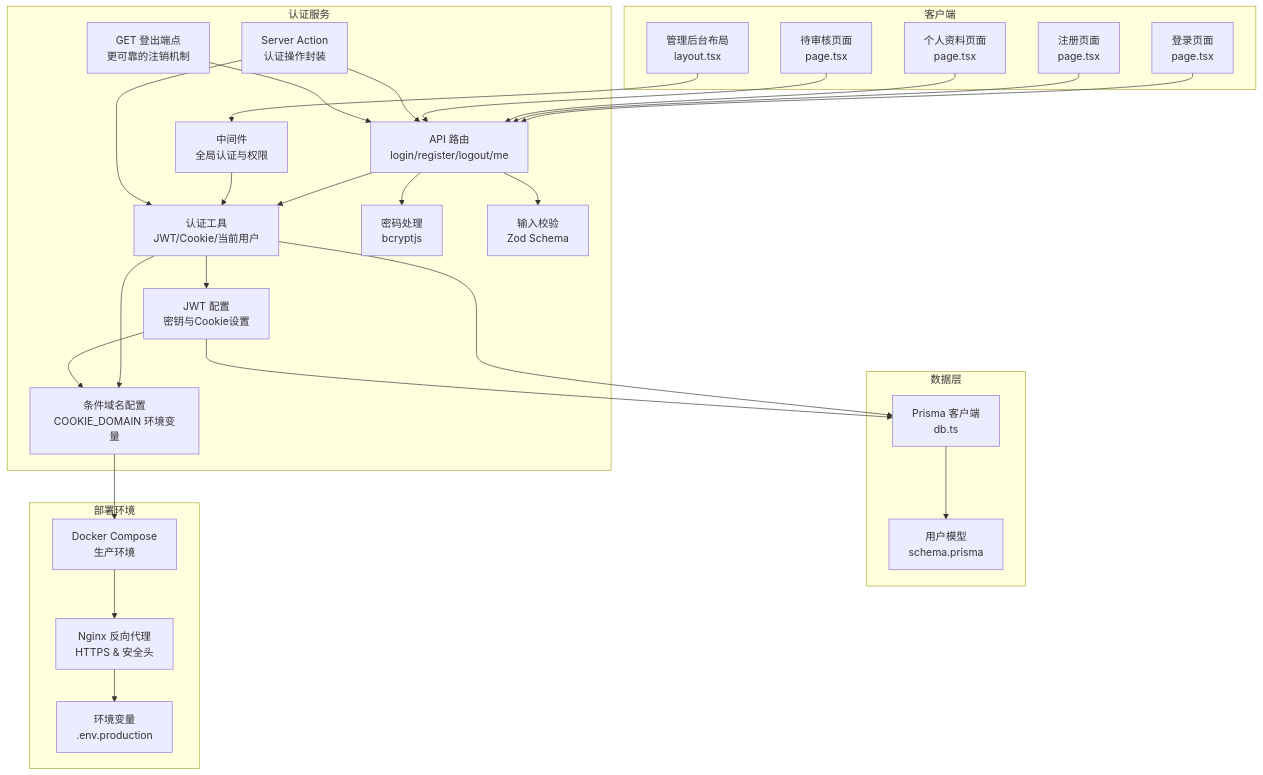
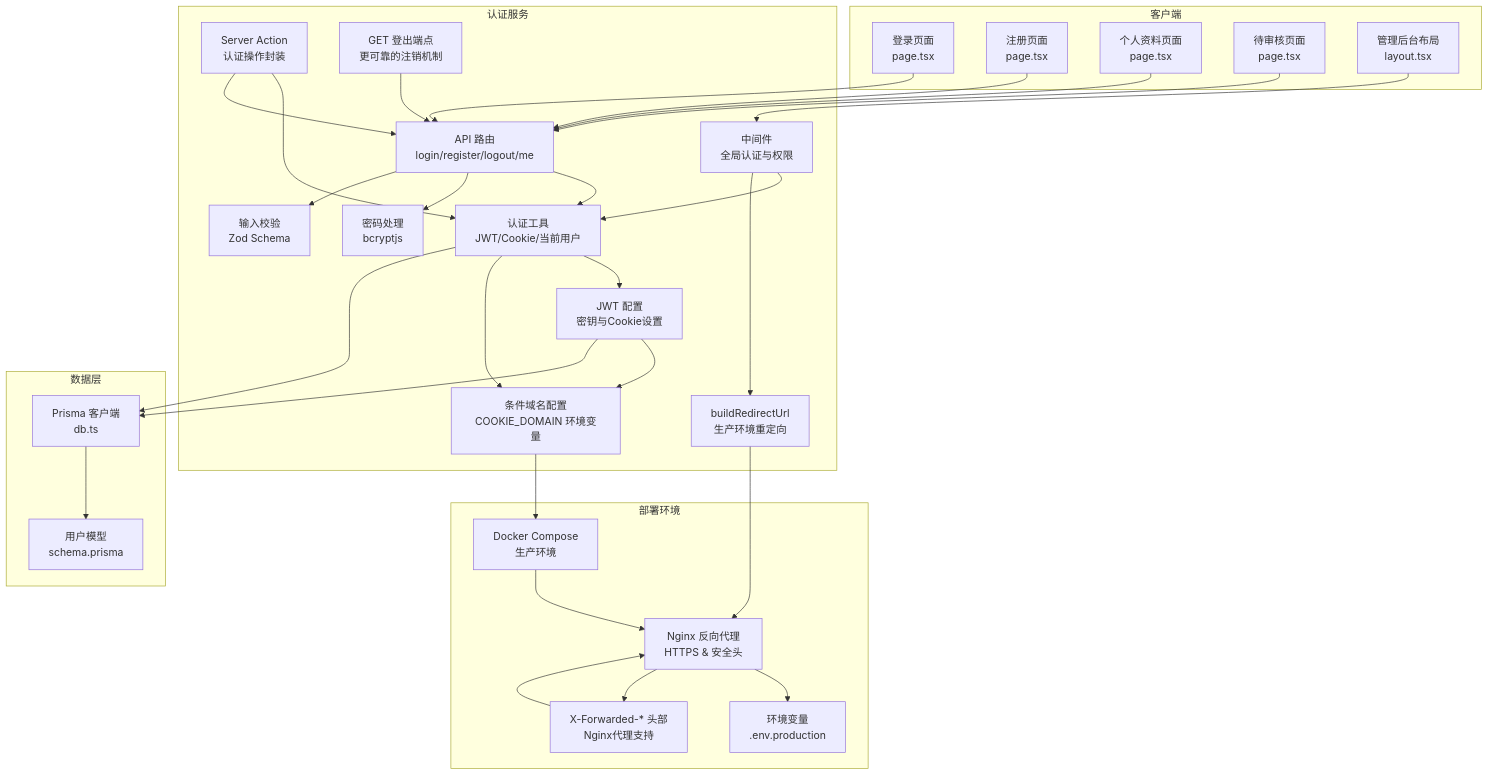
One commit to three3638-arch/celestia_2b changed the first of 8 diagrams in .qoder/repowiki/zh/content/认证系统/认证系统.md. Above: the diagram before and after it, drawn with Mermaid. The commit also changed other lines of this file and 9 other files, not shown here.

````diff
--- a/.qoder/repowiki/zh/content/认证系统/认证系统.md
+++ b/.qoder/repowiki/zh/content/认证系统/认证系统.md
@@ -71,51 +72,57 @@
 ```mermaid
 graph TB
 subgraph "认证服务"
 A["API 路由<br/>login/register/logout/me"]
 B["认证工具<br/>JWT/Cookie/当前用户"]
 C["密码处理<br/>bcryptjs"]
 D["输入校验<br/>Zod Schema"]
 E["中间件<br/>全局认证与权限"]
 F["JWT 配置<br/>密钥与Cookie设置"]
 G["条件域名配置<br/>COOKIE_DOMAIN 环境变量"]
 H["Server Action<br/>认证操作封装"]
 I["GET 登出端点<br/>更可靠的注销机制"]
+J["buildRedirectUrl<br/>生产环境重定向"]
 end
 subgraph "数据层"
-J["Prisma 客户端<br/>db.ts"]
-K["用户模型<br/>schema.prisma"]
+K["Prisma 客户端<br/>db.ts"]
+L["用户模型<br/>schema.prisma"]
 end
 subgraph "客户端"
-L["登录页面<br/>page.tsx"]
-M["注册页面<br/>page.tsx"]
-N["个人资料页面<br/>page.tsx"]
-O["待审核页面<br/>page.tsx"]
-P["管理后台布局<br/>layout.tsx"]
+M["登录页面<br/>page.tsx"]
+N["注册页面<br/>page.tsx"]
+O["个人资料页面<br/>page.tsx"]
+P["待审核页面<br/>page.tsx"]
+Q["管理后台布局<br/>layout.tsx"]
 end
 subgraph "部署环境"
-Q["Docker Compose<br/>生产环境"]
-R["Nginx 反向代理<br/>HTTPS & 安全头"]
-S["环境变量<br/>.env.production"]
+R["Docker Compose<br/>生产环境"]
+S["Nginx 反向代理<br/>HTTPS & 安全头"]
+T["环境变量<br/>.env.production"]
+U["X-Forwarded-* 头部<br/>Nginx代理支持"]
 end
 A --> B
 A --> C
 A --> D
 B --> F
 B --> G
 F --> G
-G --> Q
-Q --> R
+G --> R
 R --> S
-B --> J
-F --> J
-J --> K
+S --> T
+S --> U
+B --> K
+F --> K
+K --> L
 E --> B
-L --> A
+E --> J
 M --> A
 N --> A
 O --> A
-P --> E
+P --> A
+Q --> E
 H --> B
 H --> A
 I --> A
+J --> S
+U --> S
 ```
````
